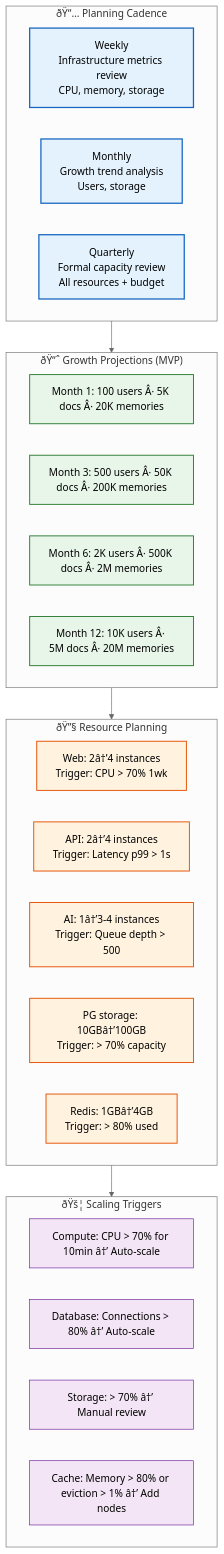
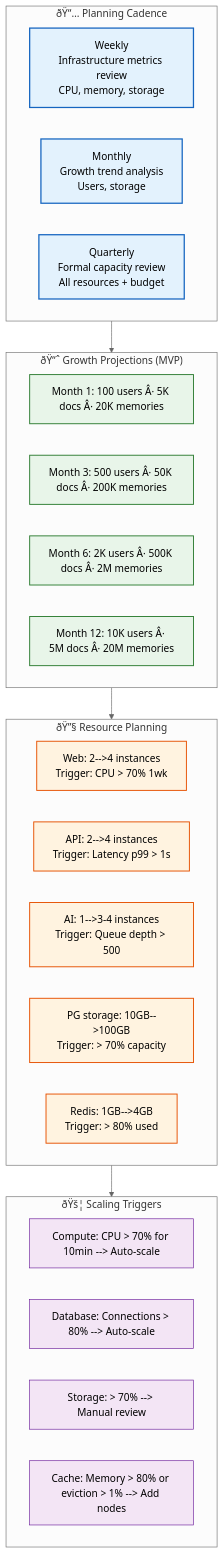
One commit to Driftloom/Vaeloom changed the diagram in Docs/Operations/Capacity-Planning.md. Above: the diagram before and after it, drawn with Mermaid (neutral theme). The commit also changed other lines of this file and 16 other files, not shown here.

````diff
--- a/Docs/Operations/Capacity-Planning.md
+++ b/Docs/Operations/Capacity-Planning.md
@@ -8,42 +8,42 @@
 ```mermaid
 graph TD
     classDef cadence fill:#e3f2fd,stroke:#1565c0,color:#000,stroke-width:2px
     classDef growth fill:#e8f5e9,stroke:#2e7d32,color:#000,stroke-width:1.5px
     classDef resource fill:#fff3e0,stroke:#e65100,color:#000,stroke-width:1.5px
     classDef trigger fill:#f3e5f5,stroke:#6a1b9a,color:#000,stroke-width:1px
 
     subgraph Cadence["ðŸ“… Planning Cadence"]
         C1["Weekly<br/>Infrastructure metrics review<br/>CPU, memory, storage"]
         C2["Monthly<br/>Growth trend analysis<br/>Users, storage"]
         C3["Quarterly<br/>Formal capacity review<br/>All resources + budget"]
     end
 
     subgraph Growth["ðŸ“ˆ Growth Projections (MVP)"]
         G1["Month 1: 100 users Â· 5K docs Â· 20K memories"]
         G2["Month 3: 500 users Â· 50K docs Â· 200K memories"]
         G3["Month 6: 2K users Â· 500K docs Â· 2M memories"]
         G4["Month 12: 10K users Â· 5M docs Â· 20M memories"]
     end
 
     subgraph Resources["ðŸ”§ Resource Planning"]
-        R1["Web: 2â†’4 instances<br/>Trigger: CPU > 70% 1wk"]
-        R2["API: 2â†’4 instances<br/>Trigger: Latency p99 > 1s"]
-        R3["AI: 1â†’3-4 instances<br/>Trigger: Queue depth > 500"]
-        R4["PG storage: 10GBâ†’100GB<br/>Trigger: > 70% capacity"]
-        R5["Redis: 1GBâ†’4GB<br/>Trigger: > 80% used"]
+        R1["Web: 2-->4 instances<br/>Trigger: CPU > 70% 1wk"]
+        R2["API: 2-->4 instances<br/>Trigger: Latency p99 > 1s"]
+        R3["AI: 1-->3-4 instances<br/>Trigger: Queue depth > 500"]
+        R4["PG storage: 10GB-->100GB<br/>Trigger: > 70% capacity"]
+        R5["Redis: 1GB-->4GB<br/>Trigger: > 80% used"]
     end
 
     subgraph Triggers["ðŸš¦ Scaling Triggers"]
-        T1["Compute: CPU > 70% for 10min â†’ Auto-scale"]
-        T2["Database: Connections > 80% â†’ Auto-scale"]
-        T3["Storage: > 70% â†’ Manual review"]
-        T4["Cache: Memory > 80% or eviction > 1% â†’ Add nodes"]
+        T1["Compute: CPU > 70% for 10min --> Auto-scale"]
+        T2["Database: Connections > 80% --> Auto-scale"]
+        T3["Storage: > 70% --> Manual review"]
+        T4["Cache: Memory > 80% or eviction > 1% --> Add nodes"]
     end
 
     Cadence --> Growth --> Resources --> Triggers
 
     class C1,C2,C3 cadence
     class G1,G2,G3,G4 growth
     class R1,R2,R3,R4,R5 resource
     class T1,T2,T3,T4 trigger
 ```
````
